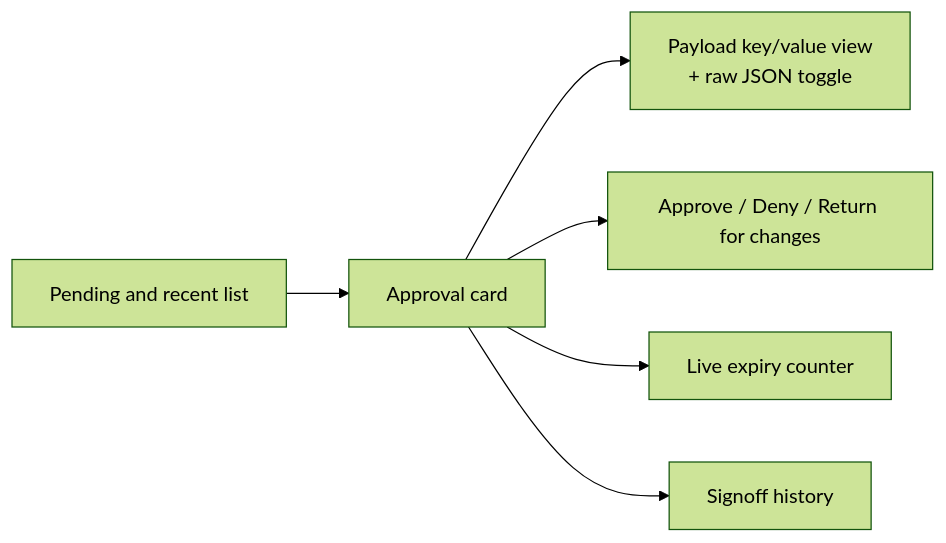
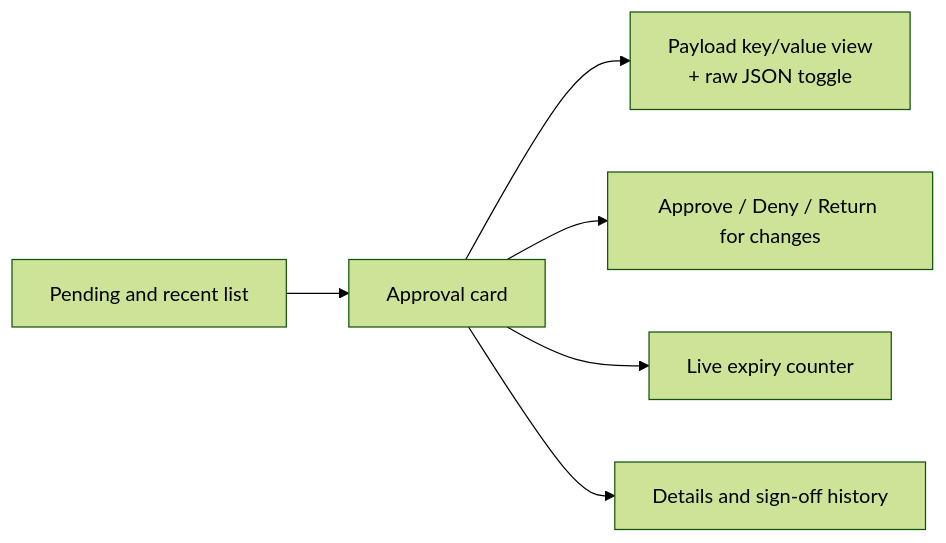
One commit to sarkar4777/abenix changed the third of 3 diagrams in docs/02-runtime/05-approvals-hitl.md. Above: the diagram before and after it, drawn with Mermaid (forest theme). The commit also changed other lines of this file and 177 other files, not shown here.

````diff
--- a/docs/02-runtime/05-approvals-hitl.md
+++ b/docs/02-runtime/05-approvals-hitl.md
@@ -288,8 +320,8 @@
 ```mermaid
 flowchart LR
   L[Pending and recent list] --> C[Approval card]
   C --> P[Payload key/value view<br/>+ raw JSON toggle]
   C --> S[Approve / Deny / Return for changes]
   C --> E[Live expiry counter]
-  C --> H[Signoff history]
+  C --> H[Details and sign-off history]
 ```
````
